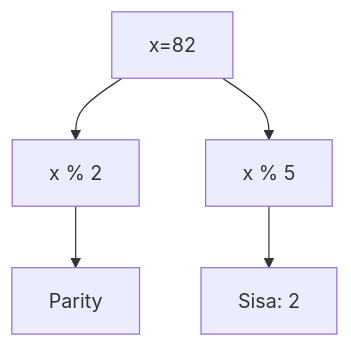
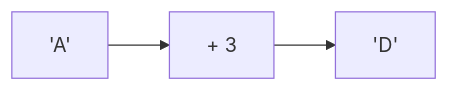
Before and after one commit to amnahwaida/OSNK_INF_PREP: diagram 18 of 25 in part-c-pemahaman-cpp/06-bitwise/latihan/set-06.md, drawn with Mermaid. The commit also changed other lines of this file and 71 other files, not shown here.

Commit message:
Fixed Mermaid syntax lexical errors with quoted labels in 1,800 questions

````diff
--- a/part-c-pemahaman-cpp/06-bitwise/latihan/set-06.md
+++ b/part-c-pemahaman-cpp/06-bitwise/latihan/set-06.md
@@ -538,7 +562,5 @@
 ```mermaid
-graph TD
-A[x=82] --> B[x % 2]
-B --> C[Parity]
-A --> D[x % 5]
-D --> E[Sisa: 2]
+graph LR
+A["'A'"] --> B["+ 3"]
+B --> C["'D'"]
 ```
````
